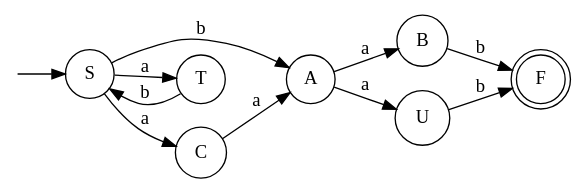
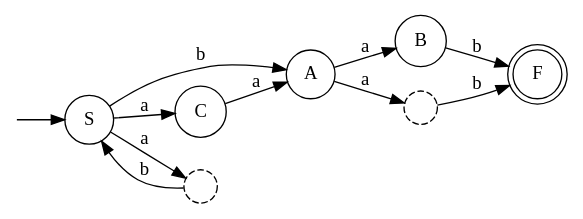
Diagram 23 of 36 in Theoratical/TCS_CHEATSHEET_FINAL.md (w4se05/4lovelyyear), drawn with Graphviz before and after one commit. The commit also changed other lines of this file and 16 other files, not shown here.

````diff
--- a/Theoratical/TCS_CHEATSHEET_FINAL.md
+++ b/Theoratical/TCS_CHEATSHEET_FINAL.md
@@ -802,21 +689,23 @@
 ```dot
 digraph G {
     rankdir=LR;
     node [shape=point, width=0];
     start;
     node [shape=circle];
-    S; A; T; C; B; U;
+    S; A; B; C;
     node [shape=doublecircle];
     F;
+    node [shape=circle, style=dashed, label="", width=0.35, height=0.35];
+    i1; i2;
     start -> S;
-    S -> A [label="b"];
-    S -> T [label="a"];
-    T -> S [label="b"];
-    S -> C [label="a"];
-    A -> B [label="a"];
-    A -> U [label="a"];
-    B -> F [label="b"];
-    U -> F [label="b"];
-    C -> A [label="a"];
+    S -> i1 [label="a"];
+    i1 -> S [label="b"];
+    S -> A  [label="b"];
+    S -> C  [label="a"];
+    A -> B  [label="a"];
+    A -> i2 [label="a"];
+    i2 -> F [label="b"];
+    B -> F  [label="b"];
+    C -> A  [label="a"];
 }
 ```
````
